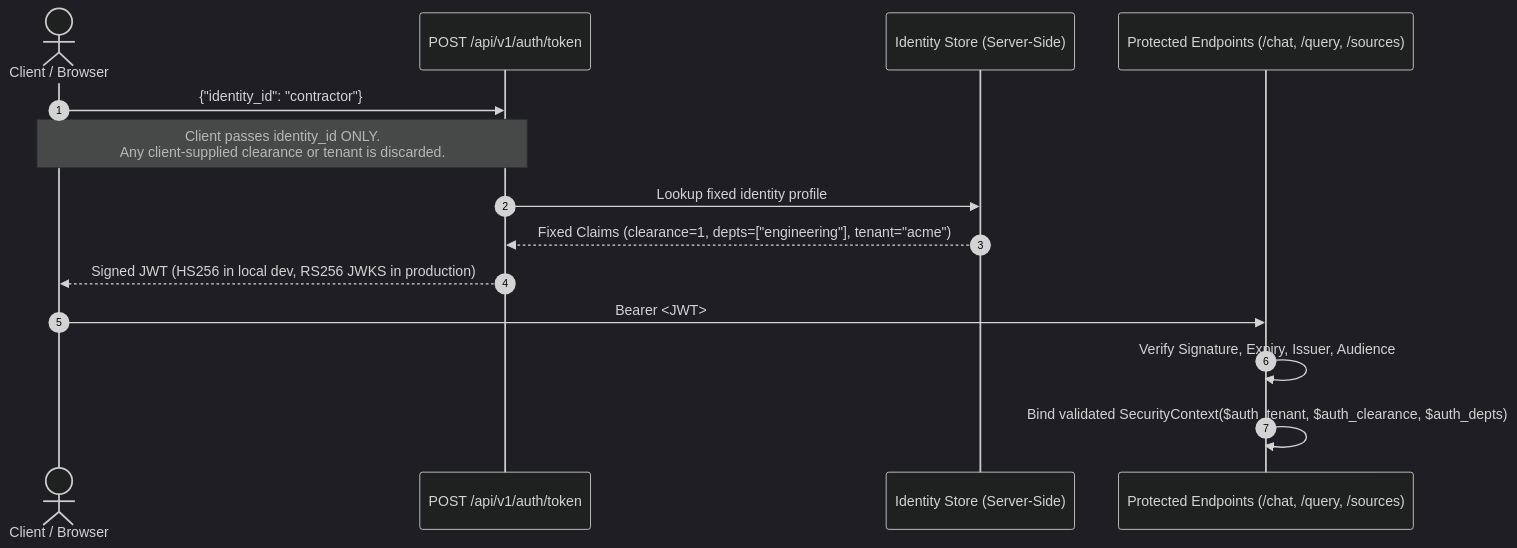
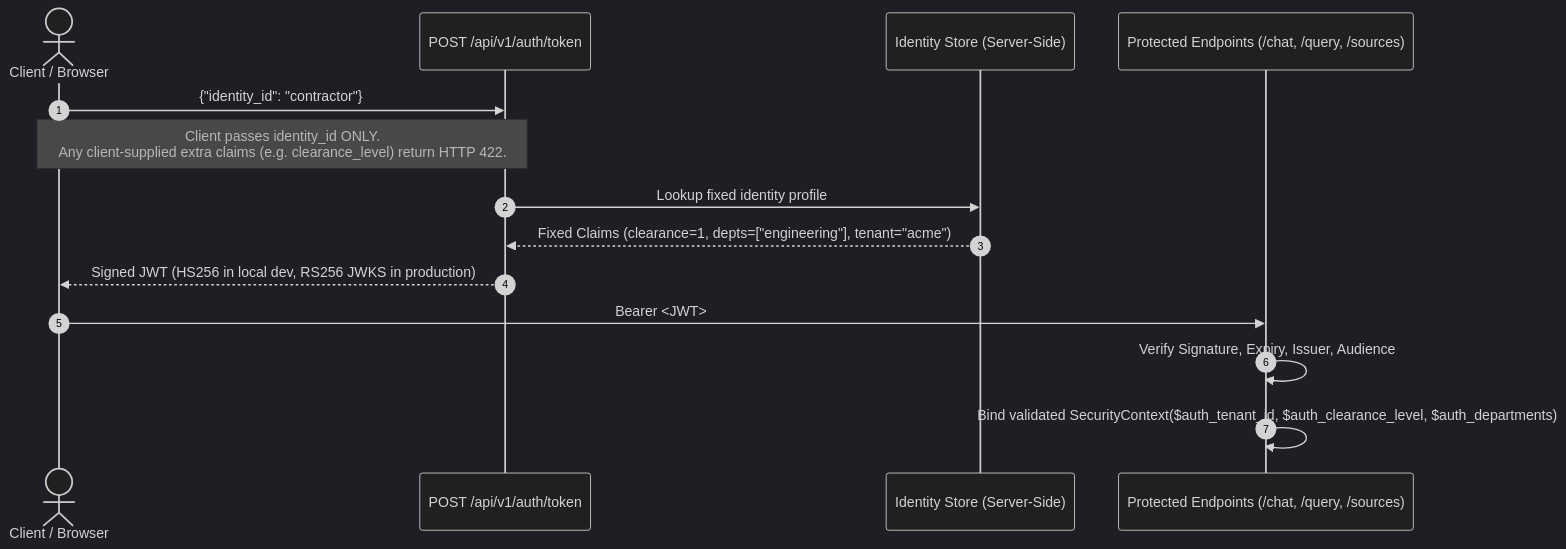
One commit to addiee13/graphrag-dlp changed the second of 5 diagrams in docs/ARCHITECTURE.md. Above: the diagram before and after it, drawn with Mermaid (dark theme). The commit also changed other lines of this file and 4 other files, not shown here.

Commit message:
docs: synchronize architecture, security, plan, acceptance, and runbook with implemented system

````diff
--- a/docs/ARCHITECTURE.md
+++ b/docs/ARCHITECTURE.md
@@ -94,17 +98,17 @@
 ```mermaid
 sequenceDiagram
     autonumber
     actor User as Client / Browser
     participant Auth as POST /api/v1/auth/token
     participant Sec as Identity Store (Server-Side)
     participant API as Protected Endpoints (/chat, /query, /sources)
 
     User->>Auth: {"identity_id": "contractor"}
-    Note over User,Auth: Client passes identity_id ONLY.<br/>Any client-supplied clearance or tenant is discarded.
+    Note over User,Auth: Client passes identity_id ONLY.<br/>Any client-supplied extra claims (e.g. clearance_level) return HTTP 422.
     Auth->>Sec: Lookup fixed identity profile
     Sec-->>Auth: Fixed Claims (clearance=1, depts=["engineering"], tenant="acme")
     Auth-->>User: Signed JWT (HS256 in local dev, RS256 JWKS in production)
     User->>API: Bearer <JWT>
     API->>API: Verify Signature, Expiry, Issuer, Audience
-    API->>API: Bind validated SecurityContext($auth_tenant, $auth_clearance, $auth_depts)
+    API->>API: Bind validated SecurityContext($auth_tenant_id, $auth_clearance_level, $auth_departments)
 ```
````
